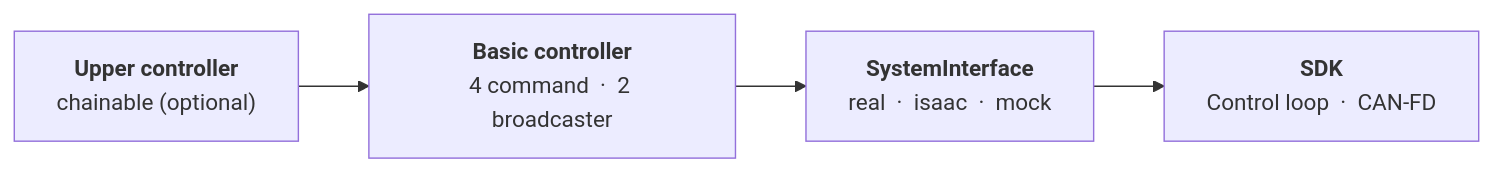
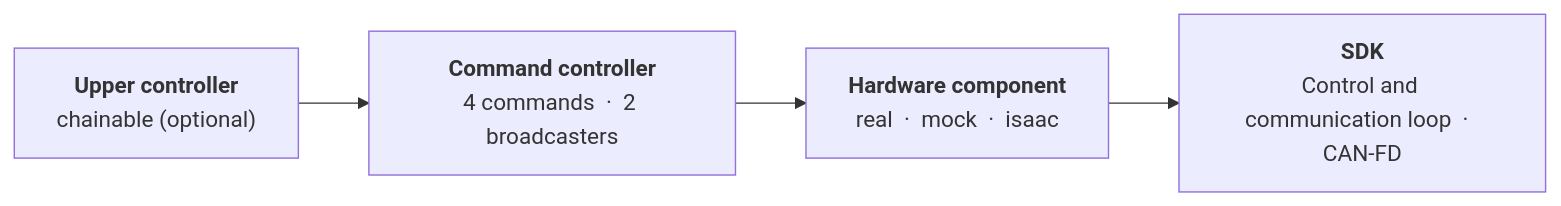
The diagram in README.md (aidinrobotics/aidin-hand2-ros2), drawn with Mermaid before and after one commit. The commit also changed other lines of this file and 27 other files, not shown here.

````diff
--- a/README.md
+++ b/README.md
@@ -17,9 +19,9 @@
 ```mermaid
 %%{init: {"flowchart": {"curve": "linear"}}}%%
 flowchart LR
     Upper["<b>Upper controller</b><br/>chainable (optional)"]
-    Basic["<b>Basic controller</b><br/>4 command &nbsp;·&nbsp; 2 broadcaster"]
-    HW["<b>SystemInterface</b><br/>real &nbsp;·&nbsp; isaac &nbsp;·&nbsp; mock"]
-    SDK["<b>SDK</b><br/>Control loop &nbsp;·&nbsp; CAN-FD"]
+    Basic["<b>Command controller</b><br/>4 commands &nbsp;·&nbsp; 2 broadcasters"]
+    HW["<b>Hardware component</b><br/>real &nbsp;·&nbsp; mock &nbsp;·&nbsp; isaac"]
+    SDK["<b>SDK</b><br/>Control and communication loop &nbsp;·&nbsp; CAN-FD"]
     Upper --> Basic --> HW --> SDK
 ```
````
